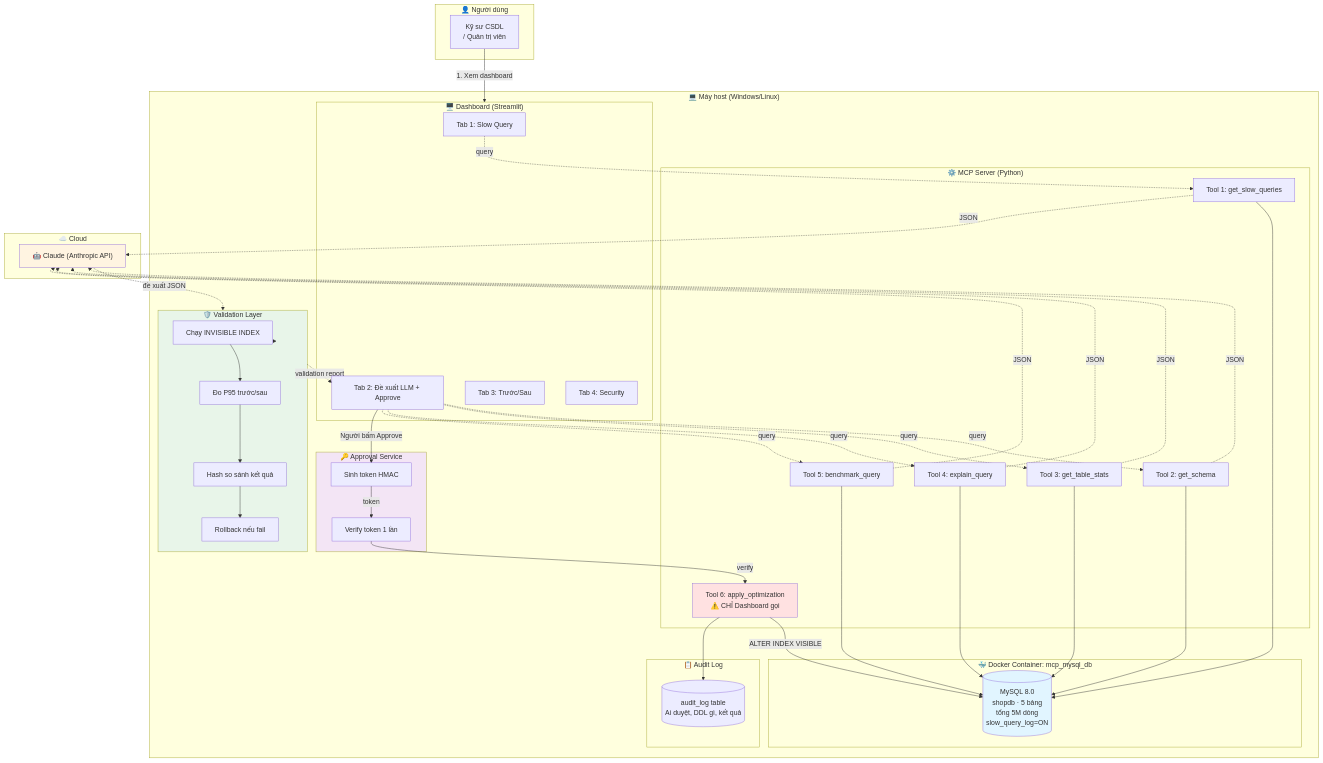
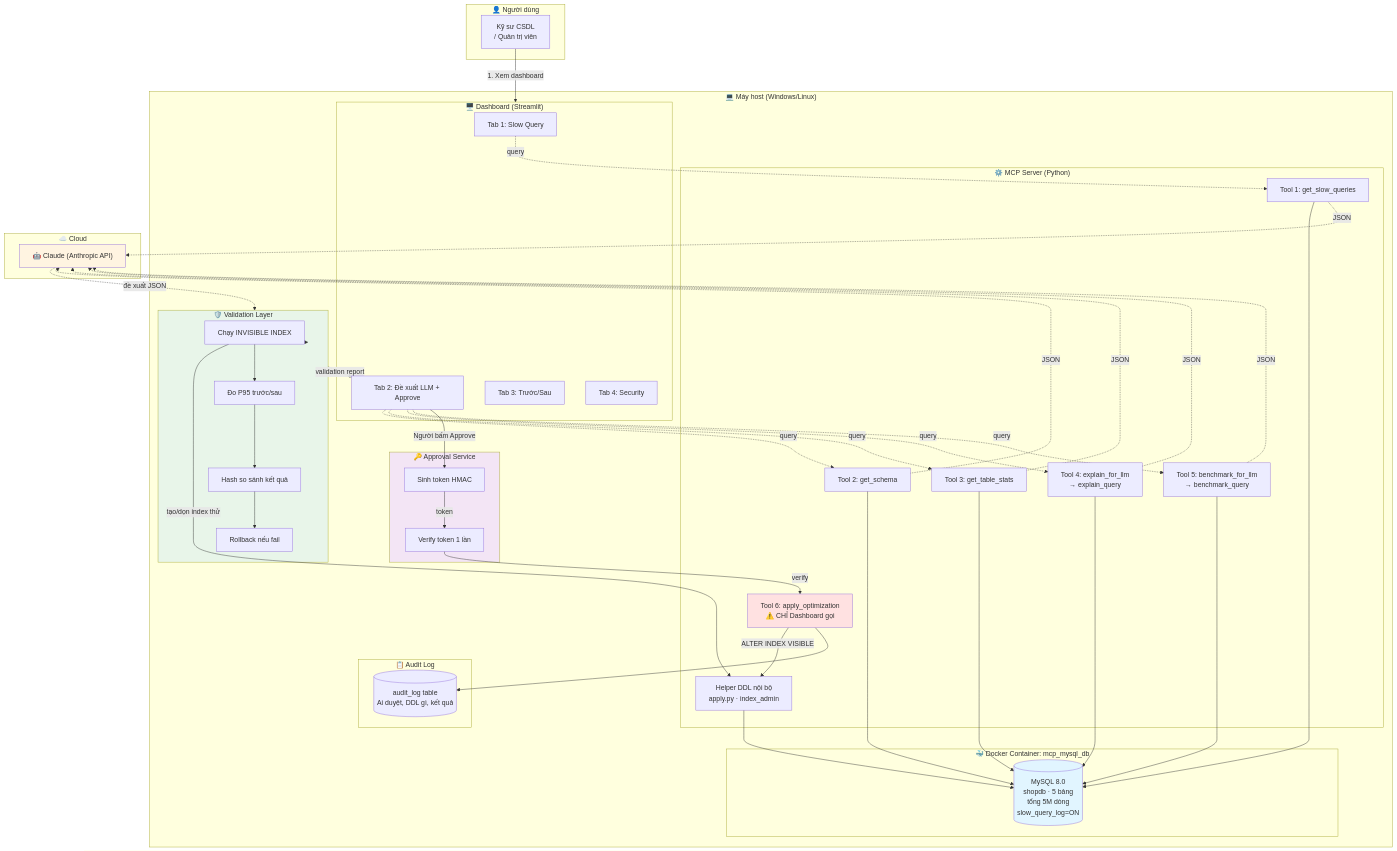
The first of 8 diagrams in docs/architecture.md (lam-vu6868/mcp-slowquery-optimizer), drawn with Mermaid before and after one commit. The commit also changed other lines of this file and 15 other files, not shown here.

Commit message:
fix: nội dung file architecture và comment lại các file liên quan

```diff
--- a/docs/architecture.md
+++ b/docs/architecture.md
@@ -81,9 +83,10 @@
             T1["Tool 1: get_slow_queries"]
             T2["Tool 2: get_schema"]
             T3["Tool 3: get_table_stats"]
-            T4["Tool 4: explain_query"]
-            T5["Tool 5: benchmark_query"]
+            T4["Tool 4: explain_for_llm<br/>→ explain_query"]
+            T5["Tool 5: benchmark_for_llm<br/>→ benchmark_query"]
             T6["Tool 6: apply_optimization<br/>⚠️ CHỈ Dashboard gọi"]
+            IH["Helper DDL nội bộ<br/>apply.py · index_admin"]
         end
 
         subgraph VL["🛡️ Validation Layer"]
@@ -135,6 +138,8 @@
 
     LLM -.->|"đề xuất JSON"| VL
     VL --> V1
+    V1 -->|"tạo/dọn index thử"| IH
+    IH --> DB
     V1 --> V2
     V2 --> V3
     V3 --> V4
@@ -143,7 +148,7 @@
     D2 -->|"Người bấm Approve"| TK1
     TK1 -->|"token"| TK2
     TK2 -->|"verify"| T6
-    T6 -->|"ALTER INDEX VISIBLE"| DB
+    T6 -->|"ALTER INDEX VISIBLE"| IH
     T6 --> AL
 
     style DB fill:#e1f5ff
```
